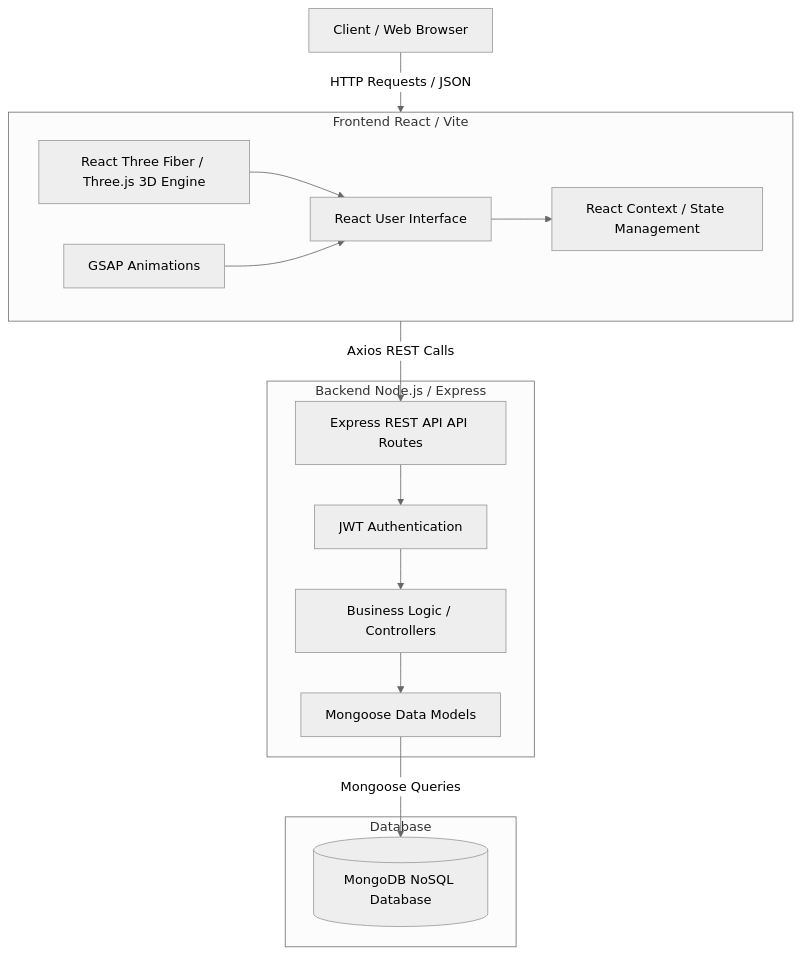
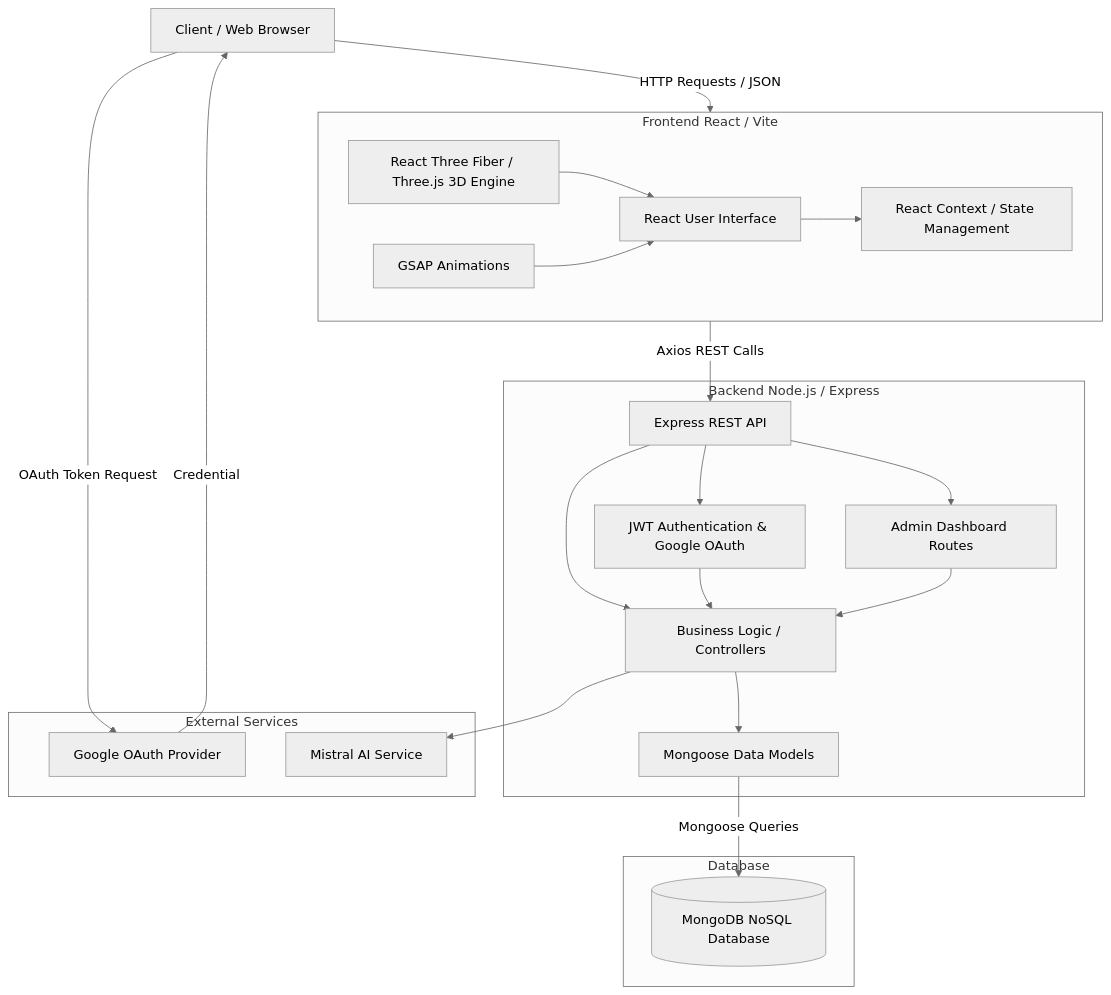
Before and after one commit to arpan-pramanik/Speakease-FullStack-Project: the first of 2 diagrams in architecture_and_er.md, drawn with Mermaid (neutral theme). The commit also changed other lines of this file and 2 other files, not shown here.

Commit message:
Update documentation to include Google OAuth, Admin features, and Mistral AI

````diff
--- a/architecture_and_er.md
+++ b/architecture_and_er.md
@@ -7,31 +7,43 @@
 ```mermaid
 graph TD
     Client[Client / Web Browser]
     subgraph Frontend [Frontend React / Vite]
         UI[React User Interface]
         ThreeJS[React Three Fiber / Three.js 3D Engine]
         GSAP[GSAP Animations]
         State[React Context / State Management]
     end
 
     subgraph Backend [Backend Node.js / Express]
-        API[Express REST API API Routes]
-        Auth[JWT Authentication]
+        API[Express REST API]
+        Auth[JWT Authentication & Google OAuth]
+        Admin[Admin Dashboard Routes]
         Controllers[Business Logic / Controllers]
         Models[Mongoose Data Models]
     end
 
     subgraph Database [Database]
         MongoDB[(MongoDB NoSQL Database)]
     end
 
+    subgraph External [External Services]
+        GoogleOAuth[Google OAuth Provider]
+        MistralAI[Mistral AI Service]
+    end
+
     Client -->|HTTP Requests / JSON| Frontend
+    Client -->|OAuth Token Request| GoogleOAuth
+    GoogleOAuth -->|Credential| Client
     Frontend -->|Axios REST Calls| API
     UI --> State
     ThreeJS --> UI
     GSAP --> UI
     API --> Auth
+    API --> Admin
+    API --> Controllers
+    Controllers --> MistralAI
     Auth --> Controllers
+    Admin --> Controllers
     Controllers --> Models
     Models -->|Mongoose Queries| MongoDB
 ```
````
